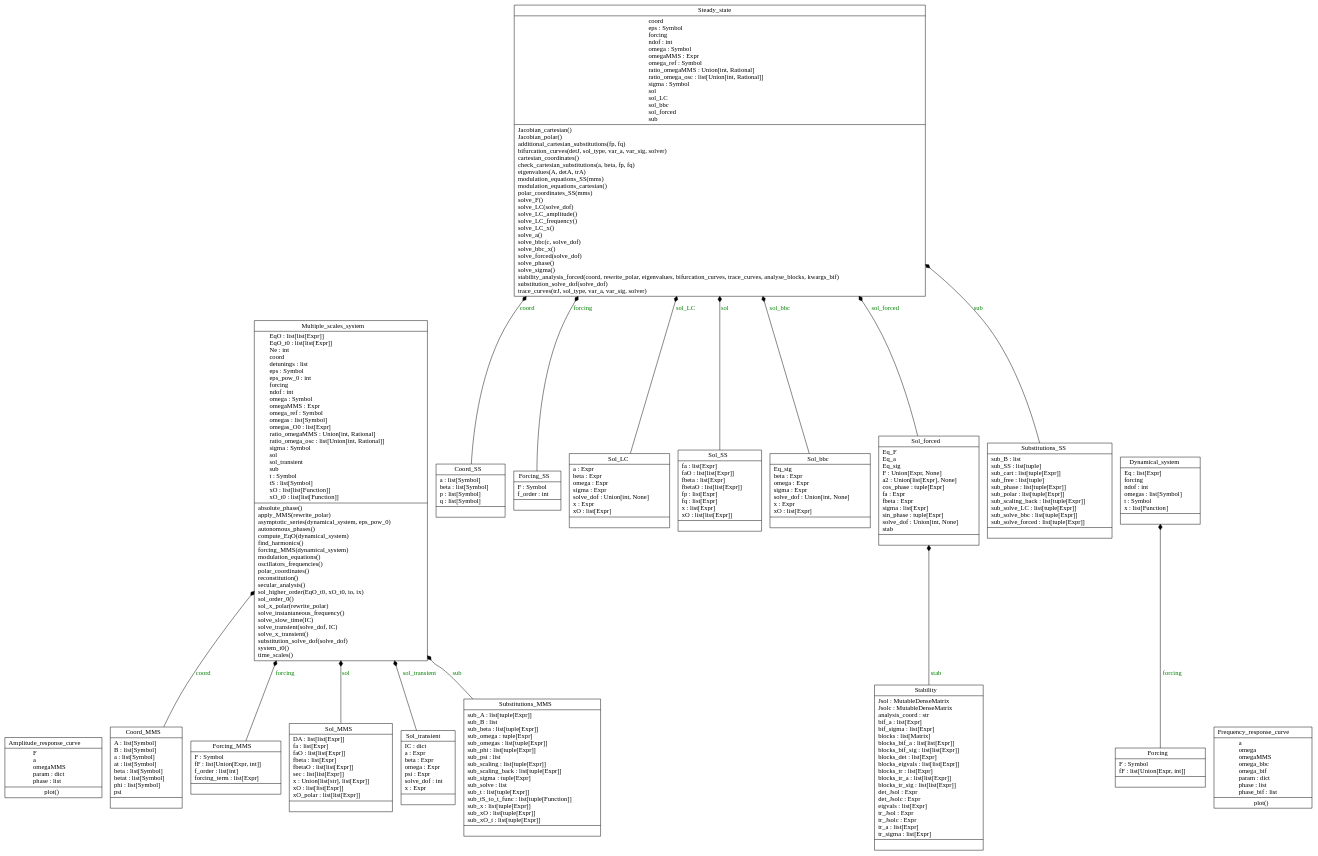
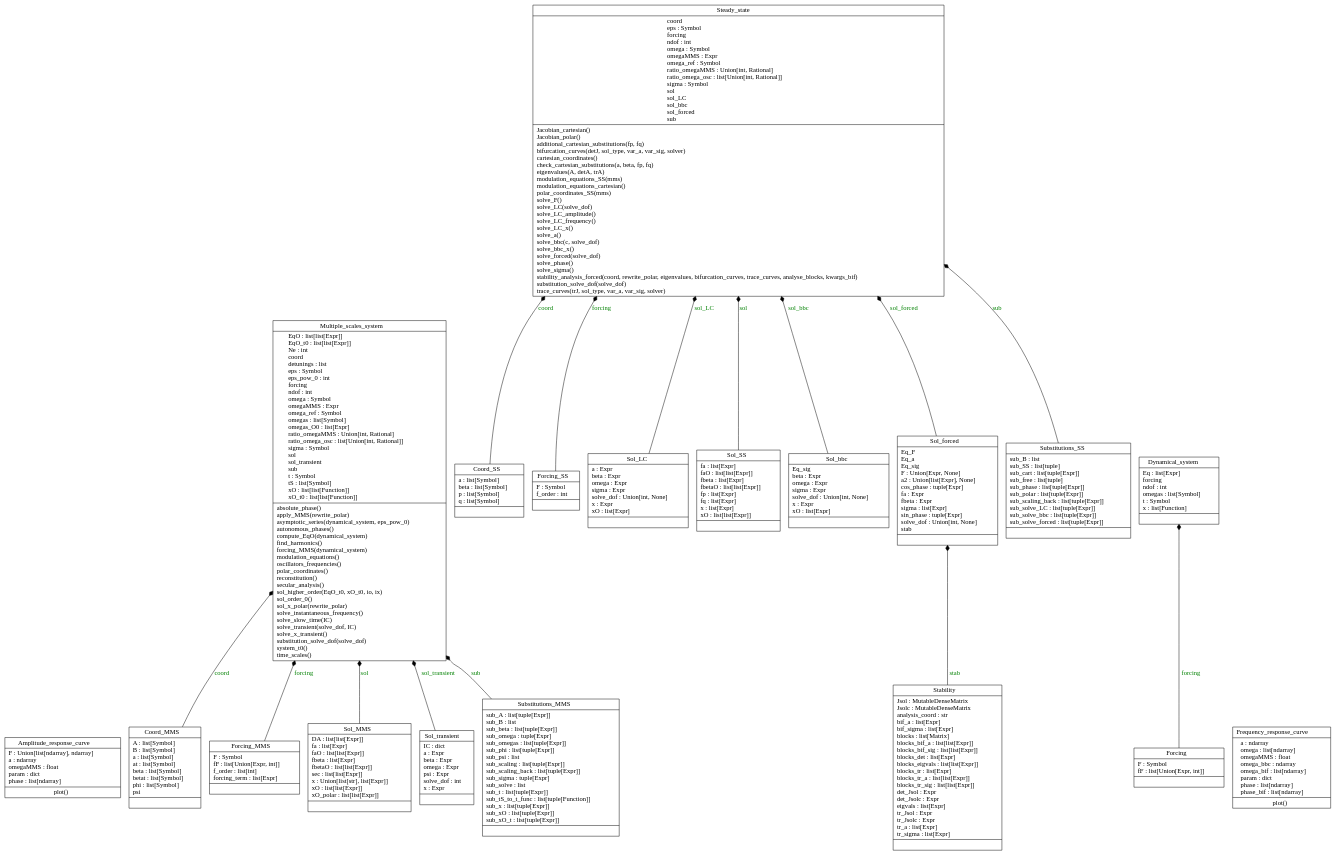
Before and after one commit to VinceECN/OSCILATE: the diagram in docs/source/architecture/classes_MMS.dot, drawn with Graphviz. The commit also changed 6 other files, not shown here.

```diff
--- a/docs/source/architecture/classes_MMS.dot
+++ b/docs/source/architecture/classes_MMS.dot
@@ -1,14 +1,14 @@
 digraph "classes_MMS" {
 rankdir=BT
 charset="utf-8"
-"OSCILATE.oscilate.MMS.visualisation.Amplitude_response_curve" [color="black", fontcolor="black", label=<{Amplitude_response_curve|F<br ALIGN="LEFT"/>a<br ALIGN="LEFT"/>omegaMMS<br ALIGN="LEFT"/>param : dict<br ALIGN="LEFT"/>phase : list<br ALIGN="LEFT"/>|plot()<br ALIGN="LEFT"/>}>, shape="record", style="solid"];
+"OSCILATE.oscilate.MMS.visualisation.Amplitude_response_curve" [color="black", fontcolor="black", label=<{Amplitude_response_curve|F : Union[list[ndarray], ndarray]<br ALIGN="LEFT"/>a : ndarray<br ALIGN="LEFT"/>omegaMMS : float<br ALIGN="LEFT"/>param : dict<br ALIGN="LEFT"/>phase : list[ndarray]<br ALIGN="LEFT"/>|plot()<br ALIGN="LEFT"/>}>, shape="record", style="solid"];
 "OSCILATE.oscilate.MMS.mms.Coord_MMS" [color="black", fontcolor="black", label=<{Coord_MMS|A : list[Symbol]<br ALIGN="LEFT"/>B : list[Symbol]<br ALIGN="LEFT"/>a : list[Symbol]<br ALIGN="LEFT"/>at : list[Symbol]<br ALIGN="LEFT"/>beta : list[Symbol]<br ALIGN="LEFT"/>betat : list[Symbol]<br ALIGN="LEFT"/>phi : list[Symbol]<br ALIGN="LEFT"/>psi<br ALIGN="LEFT"/>|}>, shape="record", style="solid"];
 "OSCILATE.oscilate.MMS.steady_state.Coord_SS" [color="black", fontcolor="black", label=<{Coord_SS|a : list[Symbol]<br ALIGN="LEFT"/>beta : list[Symbol]<br ALIGN="LEFT"/>p : list[Symbol]<br ALIGN="LEFT"/>q : list[Symbol]<br ALIGN="LEFT"/>|}>, shape="record", style="solid"];
 "OSCILATE.oscilate.MMS.dyn_sys.Dynamical_system" [color="black", fontcolor="black", label=<{Dynamical_system|Eq : list[Expr]<br ALIGN="LEFT"/>forcing<br ALIGN="LEFT"/>ndof : int<br ALIGN="LEFT"/>omegas : list[Symbol]<br ALIGN="LEFT"/>t : Symbol<br ALIGN="LEFT"/>x : list[Function]<br ALIGN="LEFT"/>|}>, shape="record", style="solid"];
 "OSCILATE.oscilate.MMS.dyn_sys.Forcing" [color="black", fontcolor="black", label=<{Forcing|F : Symbol<br ALIGN="LEFT"/>fF : list[Union[Expr, int]]<br ALIGN="LEFT"/>|}>, shape="record", style="solid"];
 "OSCILATE.oscilate.MMS.mms.Forcing_MMS" [color="black", fontcolor="black", label=<{Forcing_MMS|F : Symbol<br ALIGN="LEFT"/>fF : list[Union[Expr, int]]<br ALIGN="LEFT"/>f_order : list[int]<br ALIGN="LEFT"/>forcing_term : list[Expr]<br ALIGN="LEFT"/>|}>, shape="record", style="solid"];
 "OSCILATE.oscilate.MMS.steady_state.Forcing_SS" [color="black", fontcolor="black", label=<{Forcing_SS|F : Symbol<br ALIGN="LEFT"/>f_order : int<br ALIGN="LEFT"/>|}>, shape="record", style="solid"];
-"OSCILATE.oscilate.MMS.visualisation.Frequency_response_curve" [color="black", fontcolor="black", label=<{Frequency_response_curve|a<br ALIGN="LEFT"/>omega<br ALIGN="LEFT"/>omegaMMS<br ALIGN="LEFT"/>omega_bbc<br ALIGN="LEFT"/>omega_bif<br ALIGN="LEFT"/>param : dict<br ALIGN="LEFT"/>phase : list<br ALIGN="LEFT"/>phase_bif : list<br ALIGN="LEFT"/>|plot()<br ALIGN="LEFT"/>}>, shape="record", style="solid"];
+"OSCILATE.oscilate.MMS.visualisation.Frequency_response_curve" [color="black", fontcolor="black", label=<{Frequency_response_curve|a : ndarray<br ALIGN="LEFT"/>omega : list[ndarray]<br ALIGN="LEFT"/>omegaMMS : float<br ALIGN="LEFT"/>omega_bbc : ndarray<br ALIGN="LEFT"/>omega_bif : list[ndarray]<br ALIGN="LEFT"/>param : dict<br ALIGN="LEFT"/>phase : list[ndarray]<br ALIGN="LEFT"/>phase_bif : list[ndarray]<br ALIGN="LEFT"/>|plot()<br ALIGN="LEFT"/>}>, shape="record", style="solid"];
 "OSCILATE.oscilate.MMS.mms.Multiple_scales_system" [color="black", fontcolor="black", label=<{Multiple_scales_system|EqO : list[list[Expr]]<br ALIGN="LEFT"/>EqO_t0 : list[list[Expr]]<br ALIGN="LEFT"/>Ne : int<br ALIGN="LEFT"/>coord<br ALIGN="LEFT"/>detunings : list<br ALIGN="LEFT"/>eps : Symbol<br ALIGN="LEFT"/>eps_pow_0 : int<br ALIGN="LEFT"/>forcing<br ALIGN="LEFT"/>ndof : int<br ALIGN="LEFT"/>omega : Symbol<br ALIGN="LEFT"/>omegaMMS : Expr<br ALIGN="LEFT"/>omega_ref : Symbol<br ALIGN="LEFT"/>omegas : list[Symbol]<br ALIGN="LEFT"/>omegas_O0 : list[Expr]<br ALIGN="LEFT"/>ratio_omegaMMS : Union[int, Rational]<br ALIGN="LEFT"/>ratio_omega_osc : list[Union[int, Rational]]<br ALIGN="LEFT"/>sigma : Symbol<br ALIGN="LEFT"/>sol<br ALIGN="LEFT"/>sol_transient<br ALIGN="LEFT"/>sub<br ALIGN="LEFT"/>t : Symbol<br ALIGN="LEFT"/>tS : list[Symbol]<br ALIGN="LEFT"/>xO : list[list[Function]]<br ALIGN="LEFT"/>xO_t0 : list[list[Function]]<br ALIGN="LEFT"/>|absolute_phase()<br ALIGN="LEFT"/>apply_MMS(rewrite_polar)<br ALIGN="LEFT"/>asymptotic_series(dynamical_system, eps_pow_0)<br ALIGN="LEFT"/>autonomous_phases()<br ALIGN="LEFT"/>compute_EqO(dynamical_system)<br ALIGN="LEFT"/>find_harmonics()<br ALIGN="LEFT"/>forcing_MMS(dynamical_system)<br ALIGN="LEFT"/>modulation_equations()<br ALIGN="LEFT"/>oscillators_frequencies()<br ALIGN="LEFT"/>polar_coordinates()<br ALIGN="LEFT"/>reconstitution()<br ALIGN="LEFT"/>secular_analysis()<br ALIGN="LEFT"/>sol_higher_order(EqO_t0, xO_t0, io, ix)<br ALIGN="LEFT"/>sol_order_0()<br ALIGN="LEFT"/>sol_x_polar(rewrite_polar)<br ALIGN="LEFT"/>solve_instantaneous_frequency()<br ALIGN="LEFT"/>solve_slow_time(IC)<br ALIGN="LEFT"/>solve_transient(solve_dof, IC)<br ALIGN="LEFT"/>solve_x_transient()<br ALIGN="LEFT"/>substitution_solve_dof(solve_dof)<br ALIGN="LEFT"/>system_t0()<br ALIGN="LEFT"/>time_scales()<br ALIGN="LEFT"/>}>, shape="record", style="solid"];
 "OSCILATE.oscilate.MMS.steady_state.Sol_LC" [color="black", fontcolor="black", label=<{Sol_LC|a : Expr<br ALIGN="LEFT"/>beta : Expr<br ALIGN="LEFT"/>omega : Expr<br ALIGN="LEFT"/>sigma : Expr<br ALIGN="LEFT"/>solve_dof : Union[int, None]<br ALIGN="LEFT"/>x : Expr<br ALIGN="LEFT"/>xO : list[Expr]<br ALIGN="LEFT"/>|}>, shape="record", style="solid"];
 "OSCILATE.oscilate.MMS.mms.Sol_MMS" [color="black", fontcolor="black", label=<{Sol_MMS|DA : list[list[Expr]]<br ALIGN="LEFT"/>fa : list[Expr]<br ALIGN="LEFT"/>faO : list[list[Expr]]<br ALIGN="LEFT"/>fbeta : list[Expr]<br ALIGN="LEFT"/>fbetaO : list[list[Expr]]<br ALIGN="LEFT"/>sec : list[list[Expr]]<br ALIGN="LEFT"/>x : Union[list[str], list[Expr]]<br ALIGN="LEFT"/>xO : list[list[Expr]]<br ALIGN="LEFT"/>xO_polar : list[list[Expr]]<br ALIGN="LEFT"/>|}>, shape="record", style="solid"];
```
